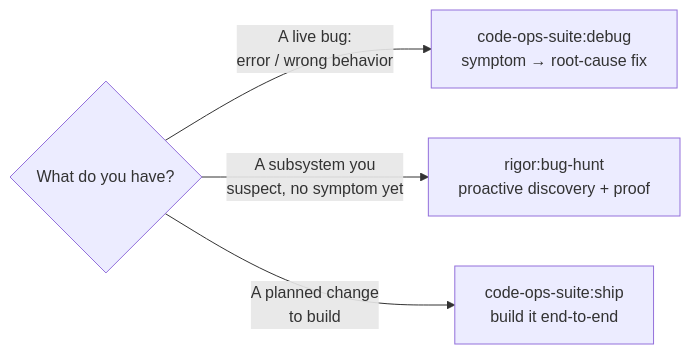
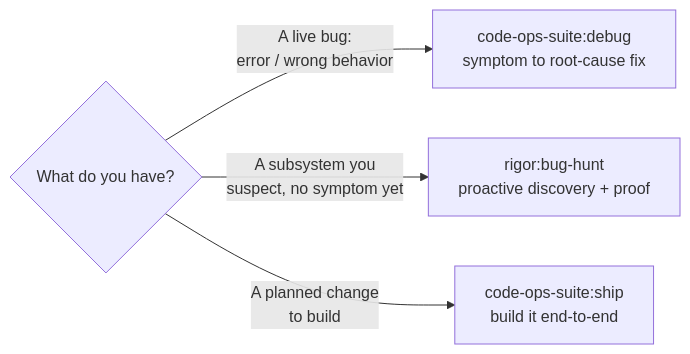
Before and after one commit to skylarsabo/code-ops: the second of 2 diagrams in code-ops-docs/70 Guides/debug-symptom-to-root-cause.md, drawn with Mermaid. The commit also changed other lines of this file and 56 other files, not shown here.

````diff
--- a/code-ops-docs/70 Guides/debug-symptom-to-root-cause.md
+++ b/code-ops-docs/70 Guides/debug-symptom-to-root-cause.md
@@ -141,6 +228,6 @@
 ```mermaid
 flowchart LR
-  q{What do you have?} -->|"A live bug:<br/>error / wrong behavior"| dbg["code-ops-suite:debug<br/>symptom → root-cause fix"]
+  q{What do you have?} -->|"A live bug:<br/>error / wrong behavior"| dbg["code-ops-suite:debug<br/>symptom to root-cause fix"]
   q -->|"A subsystem you<br/>suspect, no symptom yet"| bh["rigor:bug-hunt<br/>proactive discovery + proof"]
   q -->|"A planned change<br/>to build"| sh["code-ops-suite:ship<br/>build it end-to-end"]
 ```
````
